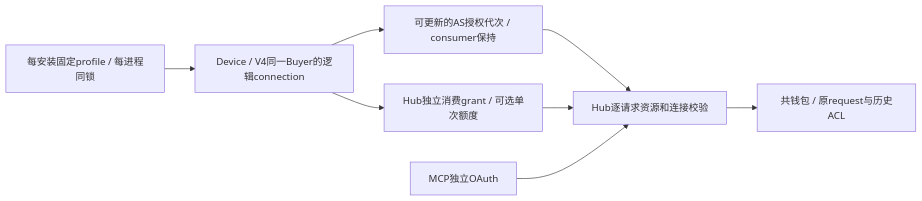
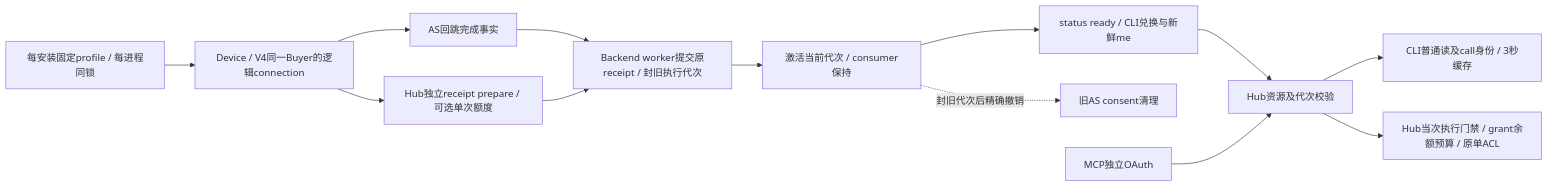
Before and after one commit to itpay-ai/cli: the second of 2 diagrams in docs/ARCHITECTURE.md, drawn with Mermaid. The commit also changed 2 other files, not shown here.

Commit message:
docs: clarify device exchange readiness

````diff
--- a/docs/ARCHITECTURE.md
+++ b/docs/ARCHITECTURE.md
@@ -51,10 +51,15 @@
 ```mermaid
 flowchart LR
  P[每安装固定profile / 每进程同锁] --> O[Device / V4同一Buyer的逻辑connection]
- O --> C[可更新的AS授权代次 / consumer保持]
- O --> G[Hub独立消费grant / 可选单次额度]
- C --> H[Hub逐请求资源和连接校验]
- G --> H
- H --> W[共钱包 / 原request与历史ACL]
+ O --> A[AS回跳完成事实]
+ O --> G[Hub独立receipt prepare / 可选单次额度]
+ A --> J[Backend worker提交原receipt / 封旧执行代次]
+ G --> J
+ J --> C[激活当前代次 / consumer保持]
+ C --> T[status ready / CLI兑换与新鲜me]
+ C -.封旧代次后精确撤销.-> X[旧AS consent清理]
+ T --> H[Hub资源及代次校验]
+ H --> R[CLI普通读及call身份 / 3秒缓存]
+ H --> W[Hub当次执行门禁 / grant余额预算 / 原单ACL]
  M[MCP独立OAuth] --> H
 ```
````
